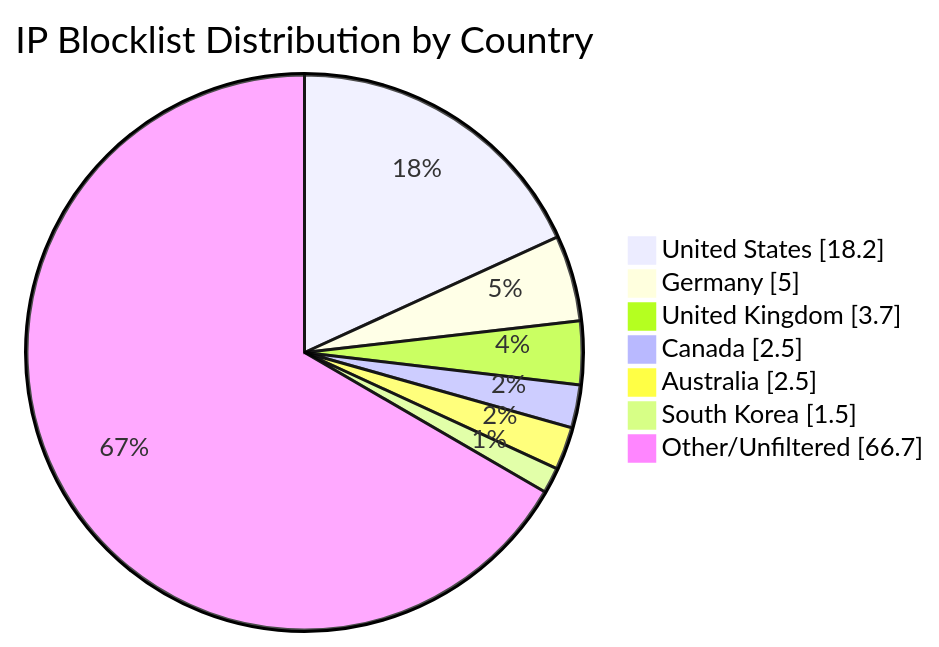
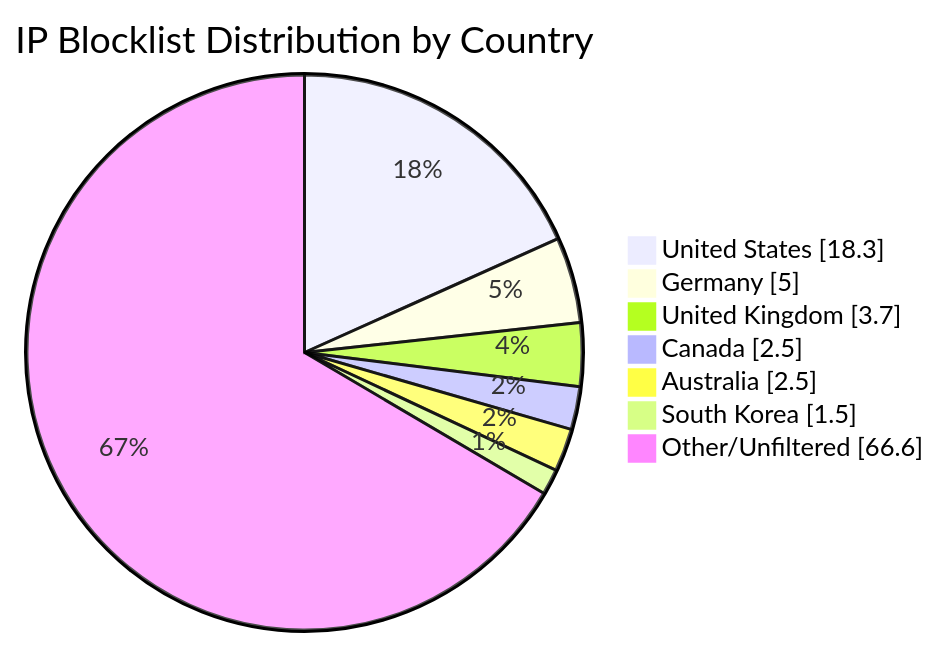
One commit to MarcusHoltz/ipblocklist-geofiltered-aggregator changed the diagram in README.md. Above: the diagram before and after it, drawn with Mermaid. The commit also changed other lines of this file and 9 other files, not shown here.

````diff
--- a/README.md
+++ b/README.md
@@ -34,10 +34,10 @@
 ```mermaid
 pie showData title IP Blocklist Distribution by Country
-"United States" : 18.2
+"United States" : 18.3
 "Germany" : 5.0
 "United Kingdom" : 3.7
 "Canada" : 2.5
 "Australia" : 2.5
 "South Korea" : 1.5
-"Other/Unfiltered" : 66.7
+"Other/Unfiltered" : 66.6
 ```
````
